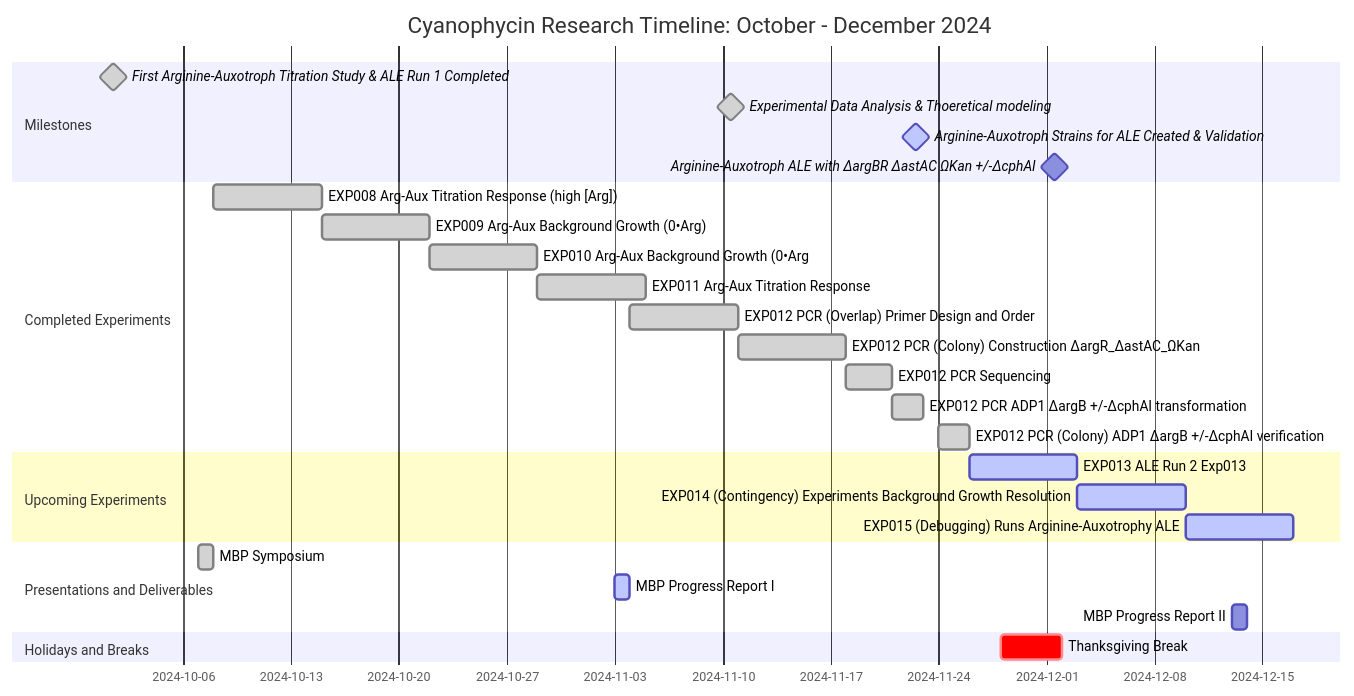
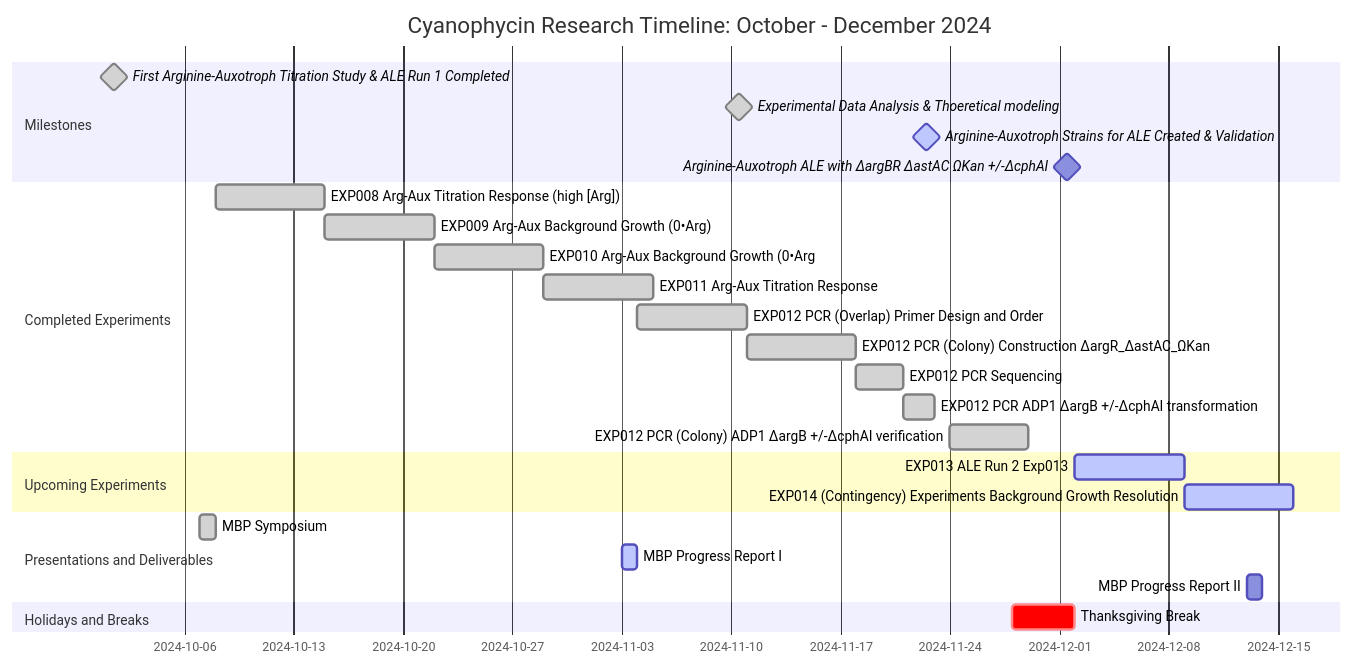
The diagram in diagrams/project/cgp_second_quarter.mmd (p7k/nu_tyo_lab_analysis), drawn with Mermaid before and after one commit. The commit also changed 26 other files, not shown here.

```diff
--- a/diagrams/project/cgp_second_quarter.mmd
+++ b/diagrams/project/cgp_second_quarter.mmd
@@ -1,33 +1,32 @@
 gantt
     title Cyanophycin Research Timeline: October - December 2024
     dateFormat MM-DD
 
     section Milestones
         First Arginine-Auxotroph Titration Study & ALE Run 1 Completed: done, milestone, ale1, 2024-10-01, 1d
         Experimental Data Analysis & Thoeretical modeling: done, milestone, augAuxStrains, 2024-11-10, 1d
         Arginine-Auxotroph Strains for ALE Created & Validation: active, milestone, augAuxStrains, 2024-11-22, 1d
         Arginine-Auxotroph ALE with ∆argBR ∆astAC ΩKan +/-∆cphAI: milestone, ALE, 2024-12-01, 1d
 
     section Completed Experiments
         EXP008 Arg-Aux Titration Response (high [Arg]): done, exp008, 2024-10-08, 1w
         EXP009 Arg-Aux Background Growth (0•Arg): done, exp009, 2024-10-15, 1w
         EXP010 Arg-Aux Background Growth (0•Arg: done, exp010, 2024-10-22, 1w
         EXP011 Arg-Aux Titration Response: done, exp011, 2024-10-29, 1w
         EXP012 PCR (Overlap) Primer Design and Order: done, design, 2024-11-04, 1w
         EXP012 PCR (Colony) Construction ∆argR_∆astAC_ΩKan: done, exp012, 2024-11-11, 1w
         EXP012 PCR Sequencing: done, exp012, 2024-11-18, 3d
         EXP012 PCR ADP1 ∆argB +/-∆cphAI transformation: done, exp012, 2024-11-21, 2d
-        EXP012 PCR (Colony) ADP1 ∆argB +/-∆cphAI verification: done, exp012, 2024-11-24, 2d
+        EXP012 PCR (Colony) ADP1 ∆argB +/-∆cphAI verification: done, exp012, 2024-11-24, 5d
 
     section Upcoming Experiments
-        EXP013 ALE Run 2 Exp013: active, exp013, 2024-11-26, 1w
+        EXP013 ALE Run 2 Exp013: active, exp013, 2024-12-02, 1w
         EXP014 (Contingency) Experiments Background Growth Resolution: active, exp014, after exp013, 1w
-        EXP015 (Debugging) Runs Arginine-Auxotrophy ALE: active, exp015, after exp014, 1w
 
     section Presentations and Deliverables
         MBP Symposium: done, symp, 2024-10-07, 1d
         MBP Progress Report I: active, report1, 2024-11-03, 1d
         MBP Progress Report II: 2024-12-13, 1d
 
     section Holidays and Breaks
         Thanksgiving Break: crit, 2024-11-28, 4d
```
